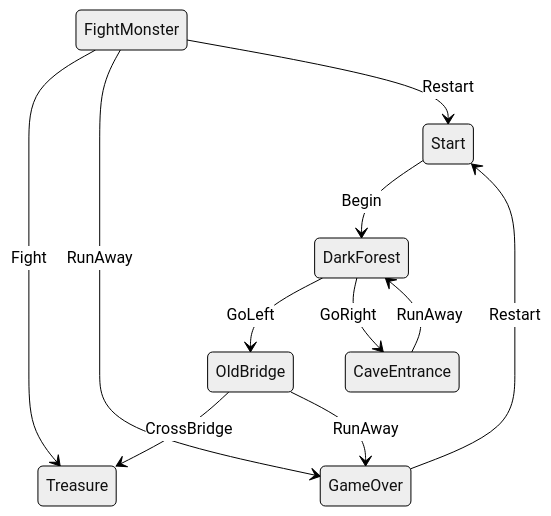
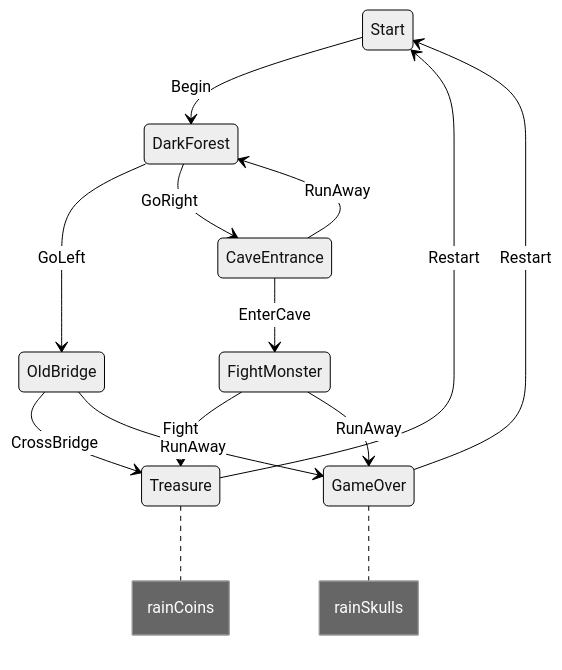
The diagram in sample/README.md (AdamWardVGP/KSM), drawn with Mermaid (neutral theme) before and after one commit.

Commit message:
Update sample Readme to include side effects

````diff
--- a/sample/README.md
+++ b/sample/README.md
@@ -5,13 +5,20 @@
 ```mermaid
 stateDiagram-v2
-    Start --> DarkForest : Begin
-    DarkForest --> OldBridge : GoLeft
-    DarkForest --> CaveEntrance : GoRight
-    OldBridge --> Treasure : CrossBridge
-    OldBridge --> GameOver : RunAway
-    CaveEntrance --> DarkForest : RunAway
-    FightMonster --> Treasure : Fight
-    FightMonster --> GameOver : RunAway
-    GameOver --> Start : Restart
-    FightMonster --> Start : Restart
+    Start --> DarkForest: Begin
+    DarkForest --> OldBridge: GoLeft
+    DarkForest --> CaveEntrance: GoRight
+    OldBridge --> Treasure: CrossBridge
+    OldBridge --> GameOver: RunAway
+    CaveEntrance --> FightMonster: EnterCave
+    CaveEntrance --> DarkForest: RunAway
+    FightMonster --> Treasure: Fight
+    FightMonster --> GameOver: RunAway
+    GameOver --> Start: Restart
+    Treasure --> Start: Restart
+    note right of Treasure
+        rainCoins
+    end note
+    note right of GameOver
+        rainSkulls
+    end note
 ```
````
